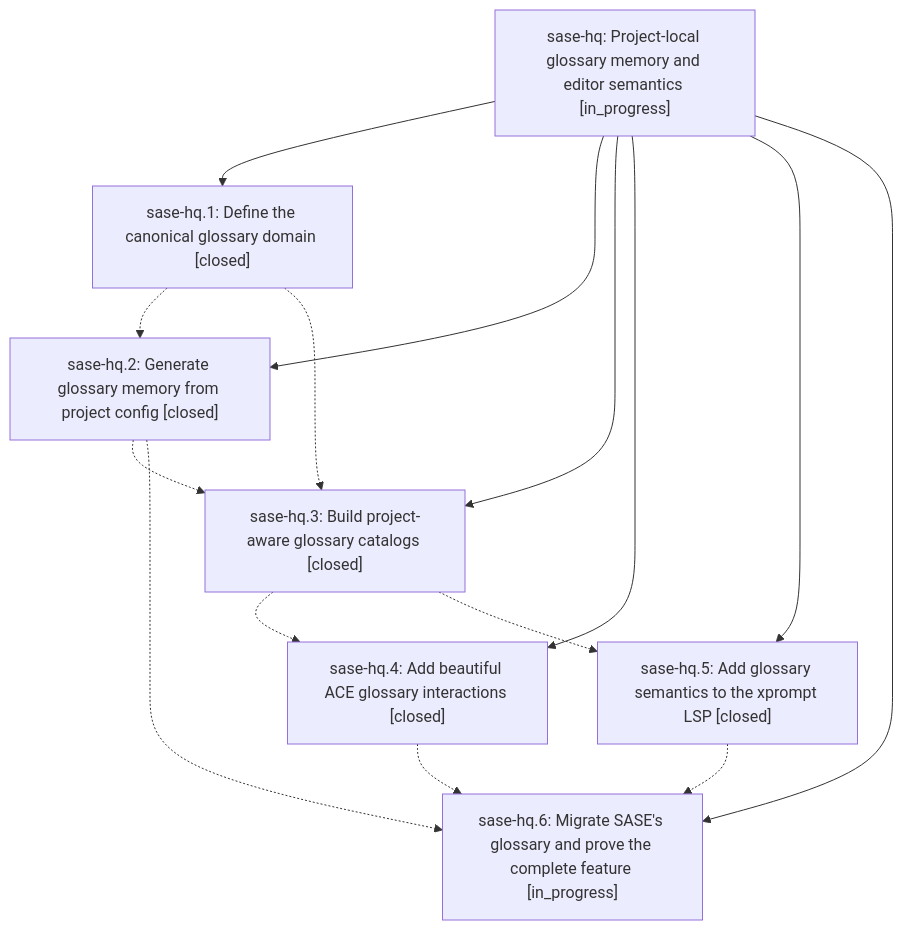
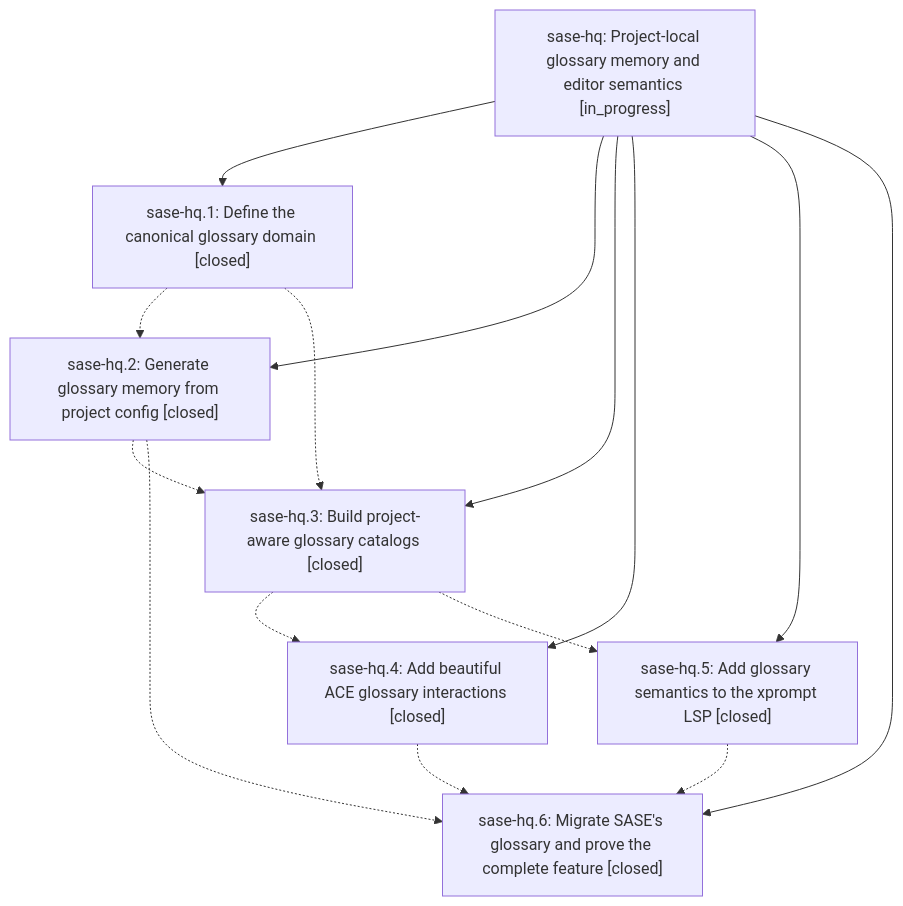
One commit to sase-org/sase--beads changed the diagram in pages/sase-hq/README.md. Above: the diagram before and after it, drawn with Mermaid. The commit also changed other lines of this file and 4 other files, not shown here.

````diff
--- a/pages/sase-hq/README.md
+++ b/pages/sase-hq/README.md
@@ -33,24 +33,24 @@
 ```mermaid
 flowchart TD
     n0["sase-hq: Project-local glossary memory and editor semantics [in_progress]"]
     n1["sase-hq.1: Define the canonical glossary domain [closed]"]
     n2["sase-hq.2: Generate glossary memory from project config [closed]"]
     n3["sase-hq.3: Build project-aware glossary catalogs [closed]"]
     n4["sase-hq.4: Add beautiful ACE glossary interactions [closed]"]
     n5["sase-hq.5: Add glossary semantics to the xprompt LSP [closed]"]
-    n6["sase-hq.6: Migrate SASE's glossary and prove the complete feature [in_progress]"]
+    n6["sase-hq.6: Migrate SASE's glossary and prove the complete feature [closed]"]
     n0 --> n1
     n0 --> n2
     n0 --> n3
     n0 --> n4
     n0 --> n5
     n0 --> n6
     n1 -.-> n2
     n1 -.-> n3
     n2 -.-> n3
     n2 -.-> n6
     n3 -.-> n4
     n3 -.-> n5
     n4 -.-> n6
     n5 -.-> n6
 ```
````
